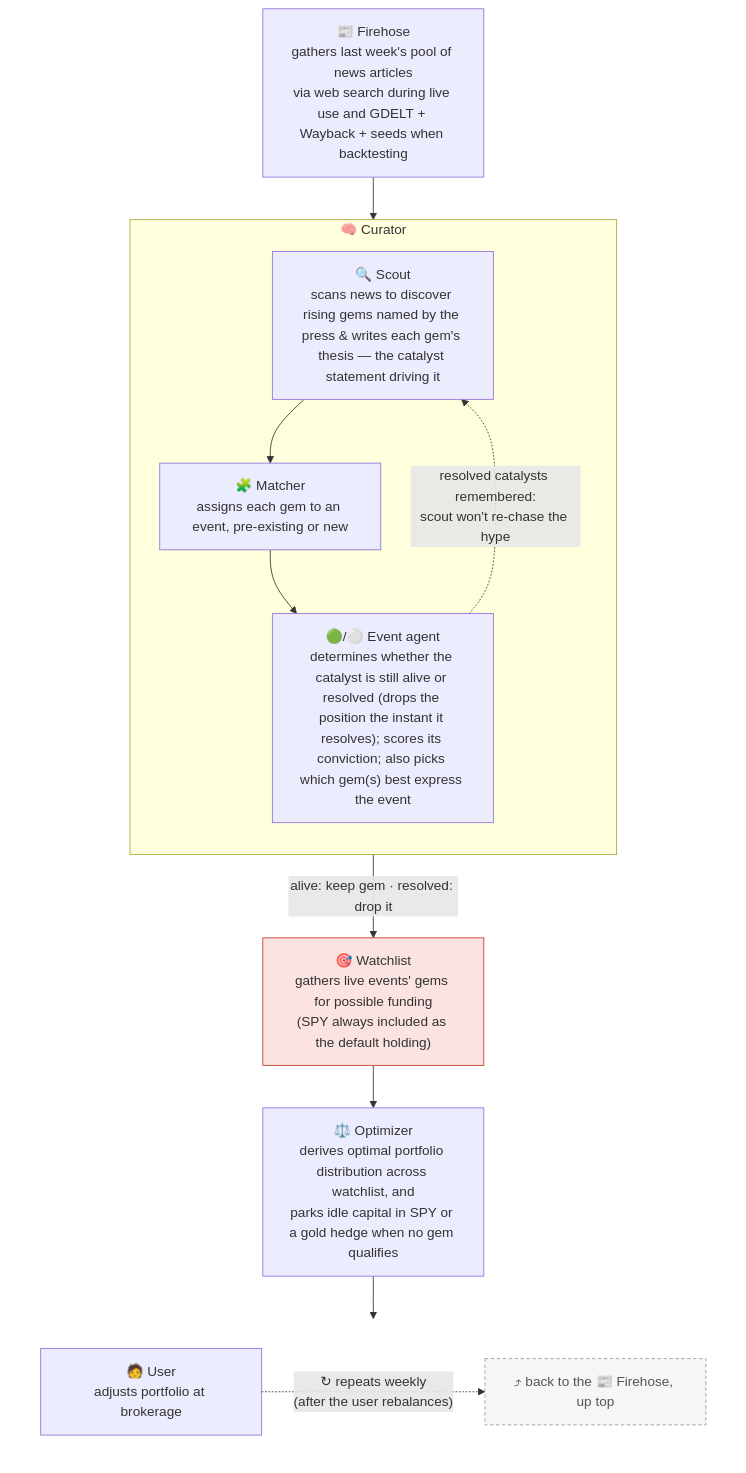
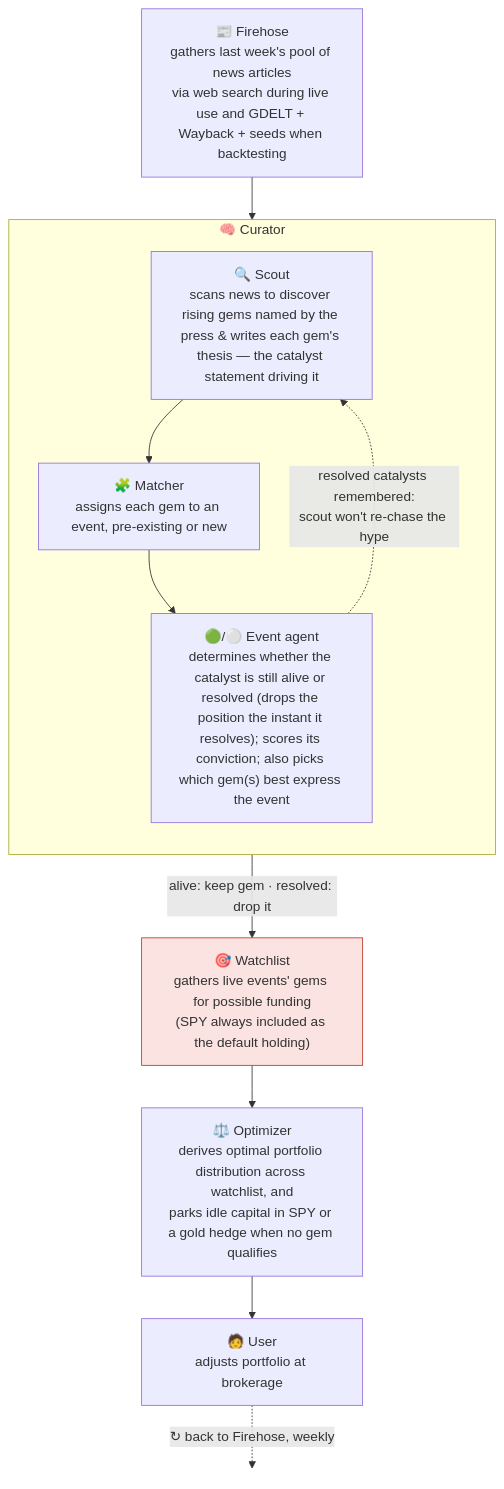
The first of 2 diagrams in README.md (joehahn/geo-herd-rider), drawn with Mermaid before and after one commit.

Commit message:
README diagram: User centered below Optimizer with one downward 'back to Firehose, weekly' arrow
Reverts the right-side LR hint sub-group. User is back in the main column (centered under Optimizer),
with a single dashed downward arrow labeled 'back to Firehose, weekly' to an invisible endpoint.

````diff
--- a/README.md
+++ b/README.md
@@ -18,30 +18,26 @@
 ```mermaid
 flowchart TD
     S["📰 Firehose<br/>gathers last week's pool of news articles<br/>via web search during live use and GDELT + Wayback + seeds when backtesting"]
     S --> SC
 
     subgraph CUR["🧠 Curator"]
       direction TB
       SC["🔍 Scout<br/>scans news to discover rising gems named by the press & writes each gem's thesis — the catalyst statement driving it"]
       MA["🧩 Matcher<br/>assigns each gem to an event, pre-existing or new"]
       AG["🟢/⚪ Event agent<br/>determines whether the catalyst is still alive or resolved (drops the position the instant it resolves); scores its conviction; also picks which gem(s) best express the event"]
       SC --> MA --> AG
     end
 
     E["🎯 Watchlist<br/>gathers live events' gems for possible funding<br/>(SPY always included as the default holding)"]
     W["⚖️ Optimizer<br/>derives optimal portfolio distribution across watchlist, and<br/>parks idle capital in SPY or a gold hedge when no gem qualifies"]
+    U["🧑 User<br/>adjusts portfolio at brokerage"]
+
     AG -- "alive: keep gem · resolved: drop it" --> E
     AG -. "resolved catalysts remembered:<br/>scout won't re-chase the hype" .-> SC
     E --> W --> U
+    U -. "↻ back to Firehose, weekly" .-> X(( ))
+    style X fill:none,stroke:none
 
-    subgraph BOT[" "]
-      direction LR
-      U["🧑 User<br/>adjusts portfolio at brokerage"] -. "↻ repeats weekly<br/>(after the user rebalances)" .-> LP["⤴ back to the 📰 Firehose, up top"]
-    end
-    style BOT fill:none,stroke:none
-
-    classDef loop fill:#f6f6f6,stroke:#999,stroke-dasharray:4 3,color:#555;
-    class LP loop
     classDef bet fill:#fae3e0,stroke:#c0392b;
     class E bet
 ```
````
